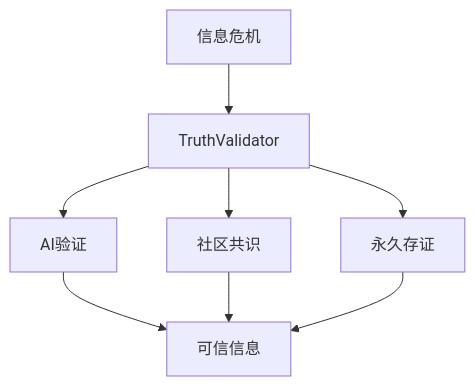
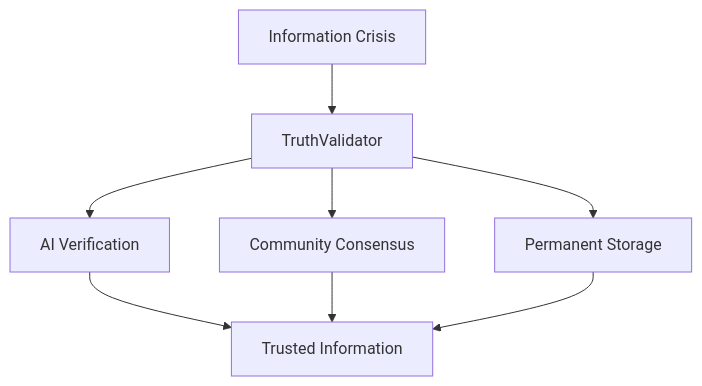
The first of 11 diagrams in docs/lightpaper.md (truthvalidator/TruthValidatorAgent), drawn with Mermaid before and after one commit. The commit also changed other lines of this file and 1 other file, not shown here.

````diff
--- a/docs/lightpaper.md
+++ b/docs/lightpaper.md
@@ -4,10 +4,10 @@
 ```mermaid
 graph TD
-    A[信息危机] --> B[TruthValidator]
-    B --> C[AI验证]
-    B --> D[社区共识] 
-    B --> E[永久存证]
-    C --> F[可信信息]
+    A[Information Crisis] --> B[TruthValidator]
+    B --> C[AI Verification]
+    B --> D[Community Consensus] 
+    B --> E[Permanent Storage]
+    C --> F[Trusted Information]
     D --> F
     E --> F
 ```
````
